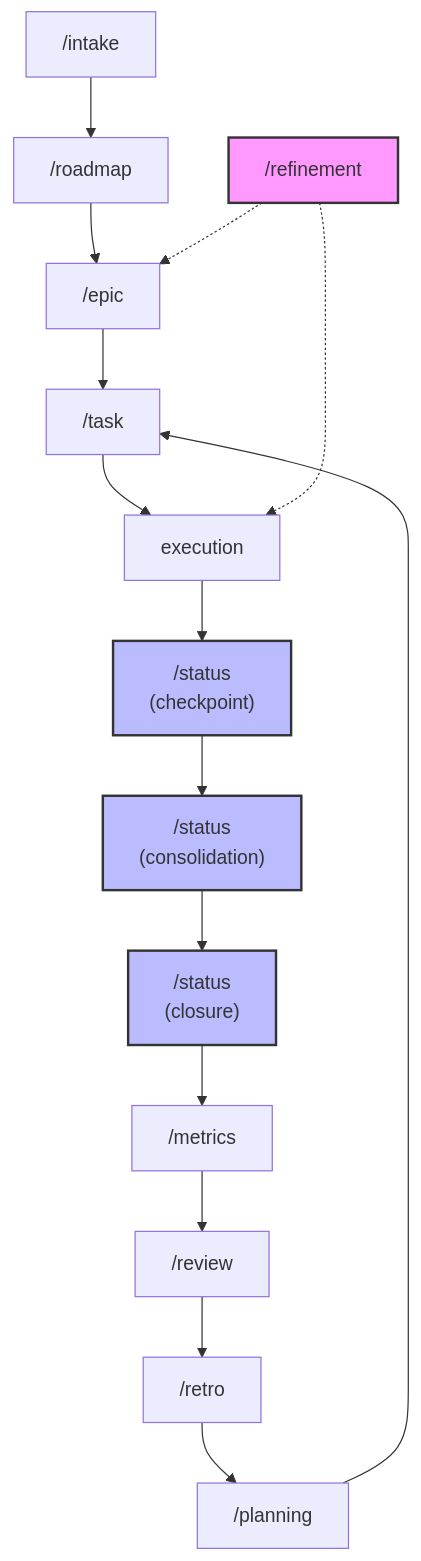
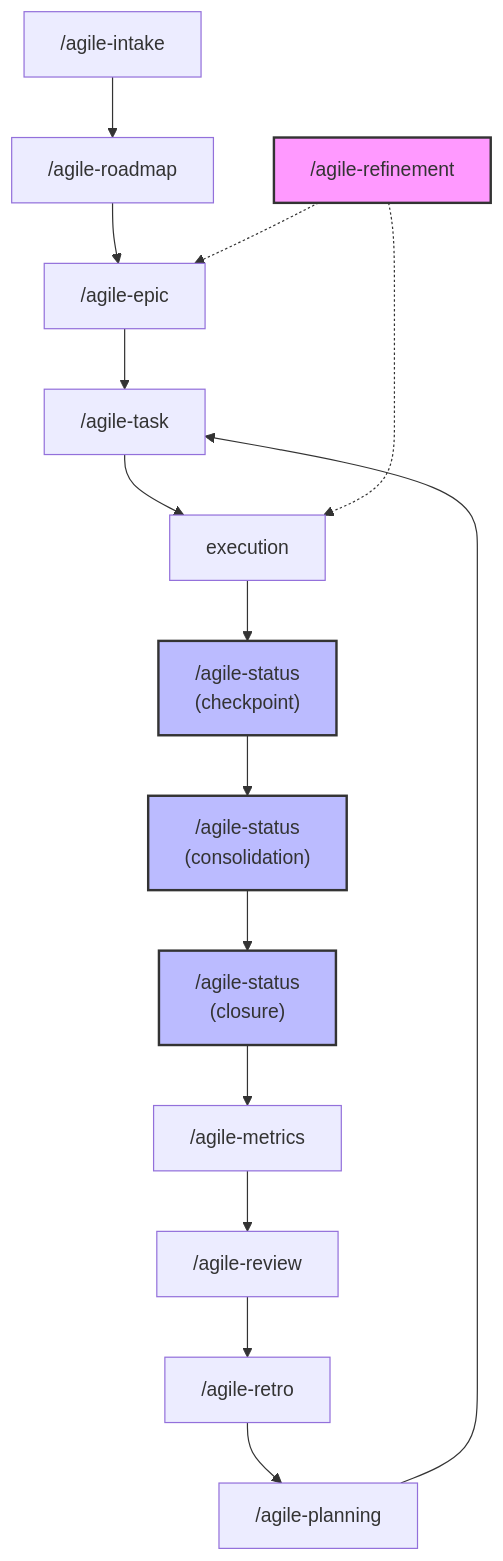
One commit to djalmajr/essential-skills changed the diagram in docs/agile/README.md. Above: the diagram before and after it, drawn with Mermaid. The commit also changed 16 other files, not shown here.

````diff
--- a/docs/agile/README.md
+++ b/docs/agile/README.md
@@ -7,23 +7,23 @@
 ```mermaid
 flowchart TD
-    A["/intake"] --> B["/roadmap"]
-    B --> C["/epic"]
-    C --> D["/task"]
+    A["/agile-intake"] --> B["/agile-roadmap"]
+    B --> C["/agile-epic"]
+    C --> D["/agile-task"]
     D --> E[execution]
-    E --> F["/status<br>(checkpoint)"]
-    F --> G["/status<br>(consolidation)"]
-    G --> H["/status<br>(closure)"]
-    H --> I["/metrics"]
-    I --> J["/review"]
-    J --> K["/retro"]
-    K --> L["/planning"]
+    E --> F["/agile-status<br>(checkpoint)"]
+    F --> G["/agile-status<br>(consolidation)"]
+    G --> H["/agile-status<br>(closure)"]
+    H --> I["/agile-metrics"]
+    I --> J["/agile-review"]
+    J --> K["/agile-retro"]
+    K --> L["/agile-planning"]
     L --> D
 
-    M["/refinement"] -.-> C
+    M["/agile-refinement"] -.-> C
     M -.-> E
 
     style M fill:#f9f,stroke:#333,stroke-width:2px
     style F fill:#bbf,stroke:#333,stroke-width:2px
     style G fill:#bbf,stroke:#333,stroke-width:2px
     style H fill:#bbf,stroke:#333,stroke-width:2px
 ```
````
